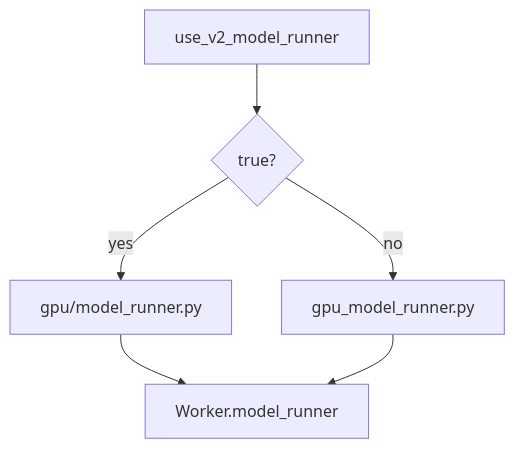
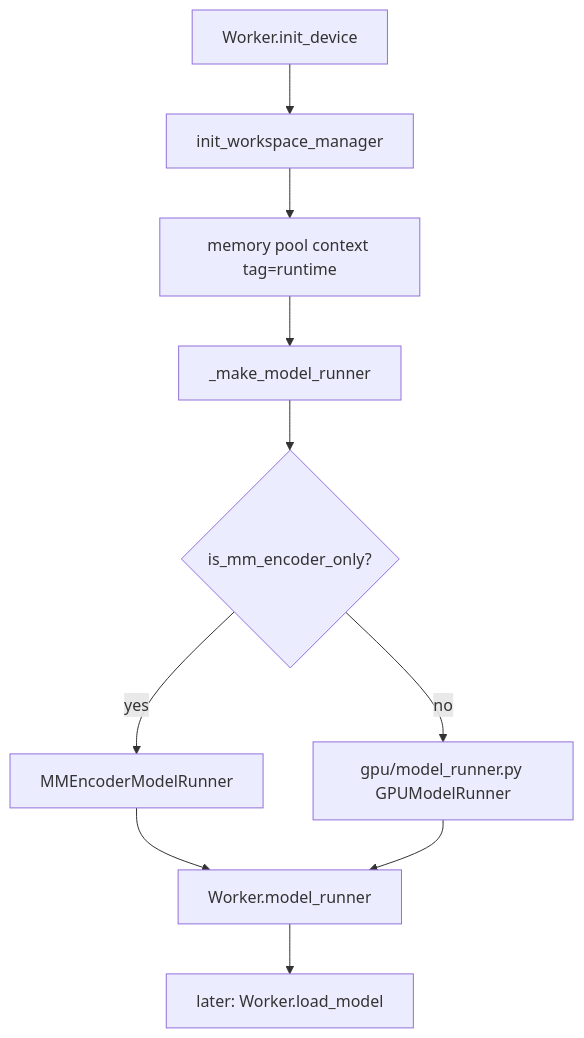
Diagram 14 of 41 in book/07-model-execution/README.md (cluster1900/vllm_reader), drawn with Mermaid before and after one commit. The commit also changed other lines of this file and 2 other files, not shown here.

Commit message:
ch07: rewrite MRV1-dependent sections to the MRV2-only path at 05caae03 (7.2, 7.6.2, 7.12, 7.16, 7.18, 7.19, 7.22, tests/experiments)

````diff
--- a/book/07-model-execution/README.md
+++ b/book/07-model-execution/README.md
@@ -523,8 +539,12 @@
 ```mermaid
 flowchart TD
-    CFG["use_v2_model_runner"] --> Q{"true?"}
-    Q -->|yes| V2["gpu/model_runner.py"]
-    Q -->|no| V1["gpu_model_runner.py"]
-    V2 --> OWN["Worker.model_runner"]
-    V1 --> OWN
+    INIT["Worker.init_device"] --> WS["init_workspace_manager"]
+    WS --> CTX["memory pool context tag=runtime"]
+    CTX --> MK["_make_model_runner"]
+    MK --> Q{"is_mm_encoder_only?"}
+    Q -->|yes| ENC["MMEncoderModelRunner"]
+    Q -->|no| V2["gpu/model_runner.py GPUModelRunner"]
+    ENC --> OWN["Worker.model_runner"]
+    V2 --> OWN
+    OWN --> LOAD["later: Worker.load_model"]
 ```
````
